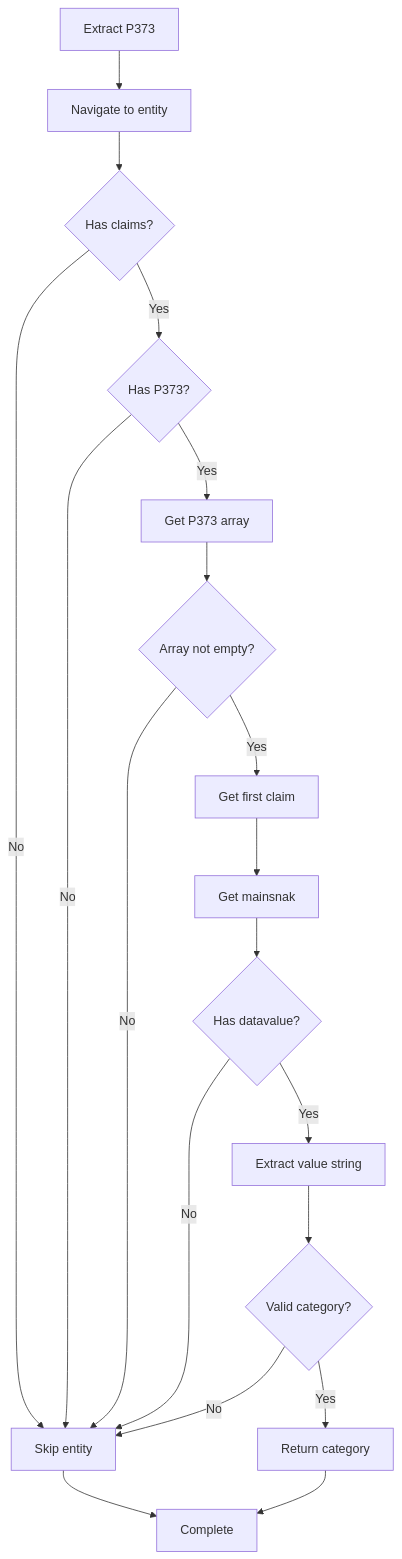
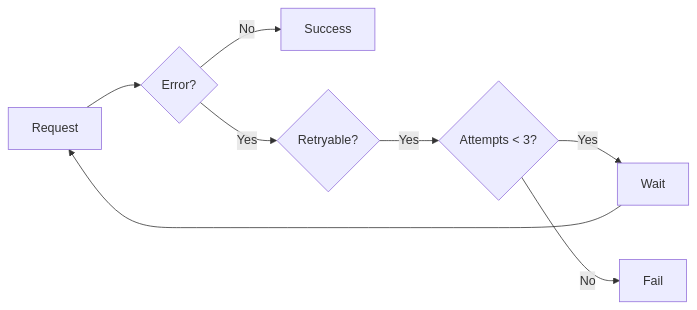
One commit to DaxServer/geocode-commons-categories changed the fourth of 5 diagrams in docs/import/api-interactions.md. Above: the diagram before and after it, drawn with Mermaid. The commit also changed other lines of this file and 11 other files, not shown here.

````diff
--- a/docs/import/api-interactions.md
+++ b/docs/import/api-interactions.md
@@ -407,32 +330,10 @@
 ```mermaid
-graph TD
-    START[Extract P373] --> NAV[Navigate to entity]
-    NAV --> CHECK_CLAIMS{Has claims?}
-
-    CHECK_CLAIMS -->|No| SKIP[Skip entity]
-    CHECK_CLAIMS -->|Yes| CHECK_P373{Has P373?}
-
-    CHECK_P373 -->|No| SKIP
-    CHECK_P373 -->|Yes| GET_ARRAY[Get P373 array]
-
-    GET_ARRAY --> CHECK_NOT_EMPTY{Array not empty?}
-
-    CHECK_NOT_EMPTY -->|No| SKIP
-    CHECK_NOT_EMPTY -->|Yes| GET_FIRST[Get first claim]
-
-    GET_FIRST --> GET_MAINSNAK[Get mainsnak]
-
-    GET_MAINSNAK --> CHECK_VALUE{Has datavalue?}
-
-    CHECK_VALUE -->|No| SKIP
-    CHECK_VALUE -->|Yes| EXTRACT[Extract value string]
-
-    EXTRACT --> VALIDATE{Valid category?}
-
-    VALIDATE -->|No| SKIP
-    VALIDATE -->|Yes| RETURN[Return category]
-
-    RETURN --> END[Complete]
-    SKIP --> END
-
+graph LR
+    REQUEST[Request] --> ERROR{Error?}
+    ERROR -->|No| SUCCESS[Success]
+    ERROR -->|Yes| RETRY{Retryable?}
+    RETRY -->|Yes| BACKOFF{Attempts < 3?}
+    BACKOFF -->|Yes| WAIT[Wait]
+    WAIT --> REQUEST
+    BACKOFF -->|No| FAIL[Fail]
 ```
````
